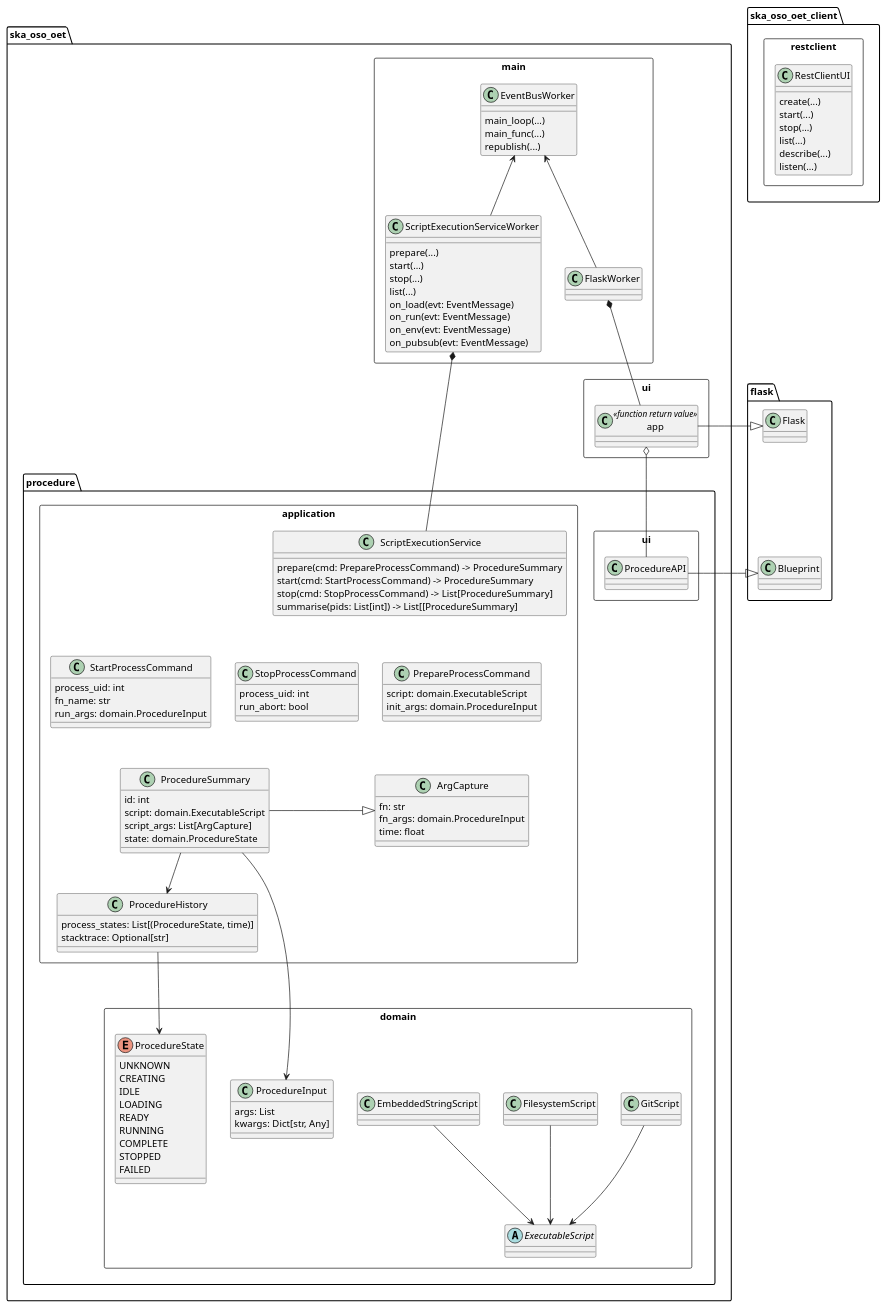
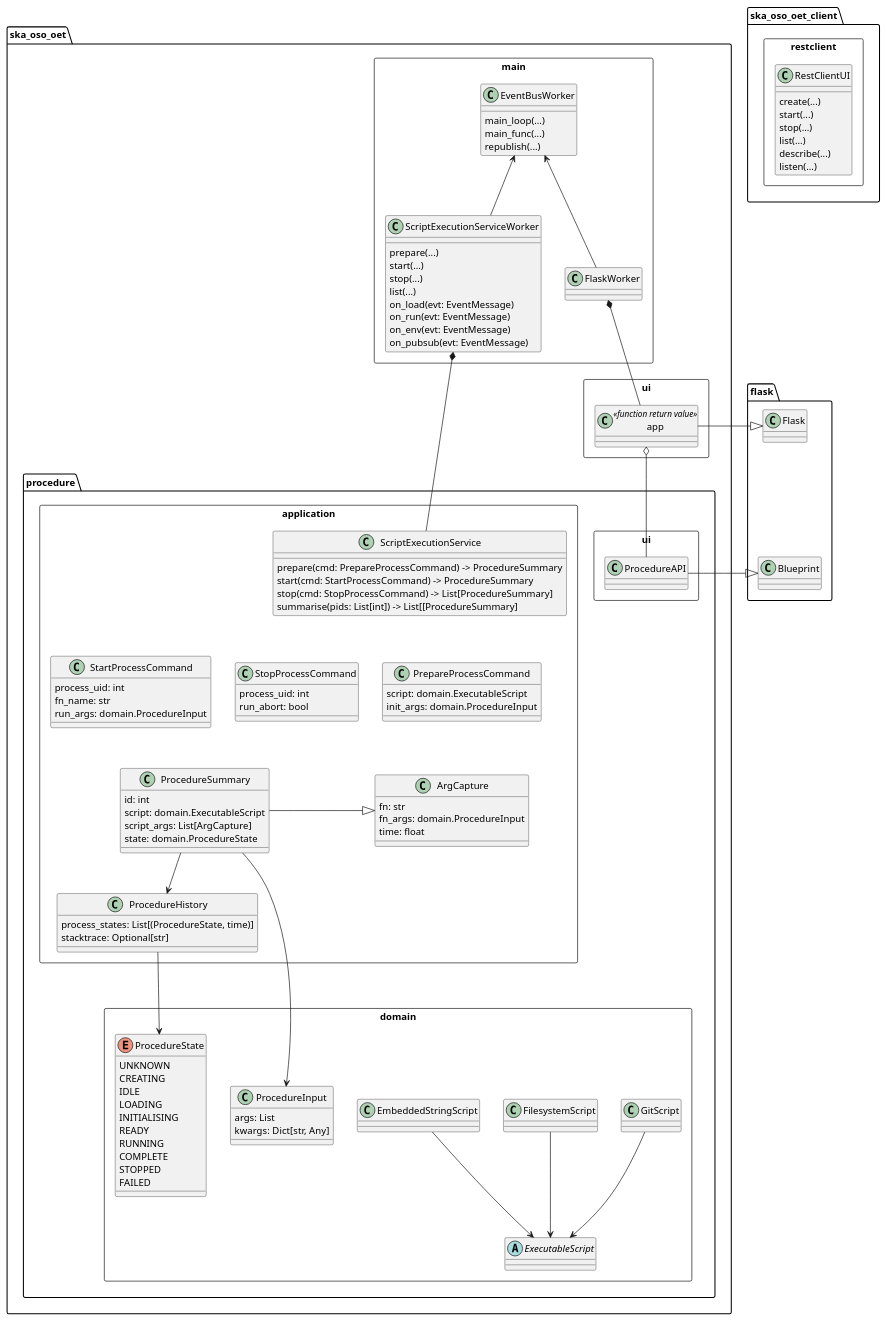
The diagram in docs/src/diagrams/backend_module_execution_primary.puml (ska-telescope/observation-execution-tool), drawn with PlantUML before and after one commit. The commit also changed 7 other files, not shown here.

```diff
--- a/docs/src/diagrams/backend_module_execution_primary.puml
+++ b/docs/src/diagrams/backend_module_execution_primary.puml
@@ -1,150 +1,151 @@
 @startuml
 'https://plantuml.com/class-diagram
 
 package ska_oso_oet_client {
     package restclient <<Rectangle>> {
         class RestClientUI {
             create(...)
             start(...)
             stop(...)
             list(...)
             describe(...)
             listen(...)
         }
     }
 }
 
 package ska_oso_oet {
 
     package main <<Rectangle>> {
         class ScriptExecutionServiceWorker {
             prepare(...)
             start(...)
             stop(...)
             list(...)
             on_load(evt: EventMessage)
             on_run(evt: EventMessage)
             on_env(evt: EventMessage)
             on_pubsub(evt: EventMessage)
         }
 
         class FlaskWorker {
         }
 
         class EventBusWorker {
             main_loop(...)
             main_func(...)
             republish(...)
         }
 
         ScriptExecutionServiceWorker -up-> EventBusWorker
         FlaskWorker -up-> EventBusWorker
     }
 
     package ui <<Rectangle>> {
         class app <<function return value>> {
         }
     }
 
     package procedure {
         package ui as procedure_ui <<Rectangle>> {
             class ProcedureAPI
             app o-- ProcedureAPI
         }
 
         package application <<Rectangle>> {
             class ScriptExecutionService {
                 prepare(cmd: PrepareProcessCommand) -> ProcedureSummary
                 start(cmd: StartProcessCommand) -> ProcedureSummary
                 stop(cmd: StopProcessCommand) -> List[ProcedureSummary]
                 summarise(pids: List[int]) -> List[[ProcedureSummary]
             }
 
             class ProcedureSummary {
                 id: int
                 script: domain.ExecutableScript
                 script_args: List[ArgCapture]
                 state: domain.ProcedureState
             }
 
             class ArgCapture {
                 fn: str
                 fn_args: domain.ProcedureInput
                 time: float
             }
             ProcedureSummary -right-|> ArgCapture
 
             class ProcedureHistory {
                 {field} process_states: List[(ProcedureState, time)]
                 stacktrace: Optional[str]
             }
             ProcedureSummary --> ProcedureHistory
 
             class PrepareProcessCommand {
                 script: domain.ExecutableScript
                 init_args: domain.ProcedureInput
             }
 
             class StartProcessCommand {
                 process_uid: int
                 fn_name: str
                 run_args: domain.ProcedureInput
             }
 
             class StopProcessCommand {
                 process_uid: int
                 run_abort: bool
             }
             PrepareProcessCommand -up[hidden]- StartProcessCommand
             StartProcessCommand -up[hidden]- StopProcessCommand
         }
         FlaskWorker *-- app
         ScriptExecutionServiceWorker *-- ScriptExecutionService
 
         package domain <<Rectangle>> {
             abstract class ExecutableScript
             class GitScript
             class FilesystemScript
             class EmbeddedStringScript
             GitScript --> ExecutableScript
             FilesystemScript --> ExecutableScript
             EmbeddedStringScript --> ExecutableScript
 
             enum ProcedureState {
                 UNKNOWN
                 CREATING
                 IDLE
                 LOADING
+                INITIALISING
                 READY
                 RUNNING
                 COMPLETE
                 STOPPED
                 FAILED
             }
 
             class ProcedureInput {
                 args: List
                 kwargs: Dict[str, Any]
             }
         }
         ProcedureHistory ---> ProcedureState
         ProcedureSummary --> ProcedureInput
     }
 
 }
 
 package flask {
     class Flask
     class Blueprint
 }
 
 app -|> Flask
 ProcedureAPI -|> Blueprint
 Blueprint -up[hidden]- Flask
 
 PrepareProcessCommand -right[hidden] StartProcessCommand
 StartProcessCommand -right[hidden] StopProcessCommand
 ScriptExecutionService -down[hidden]- ArgCapture
 ScriptExecutionService -down[hidden]- StopProcessCommand
 ProcedureSummary -up[hidden]- StartProcessCommand
 @enduml
```
